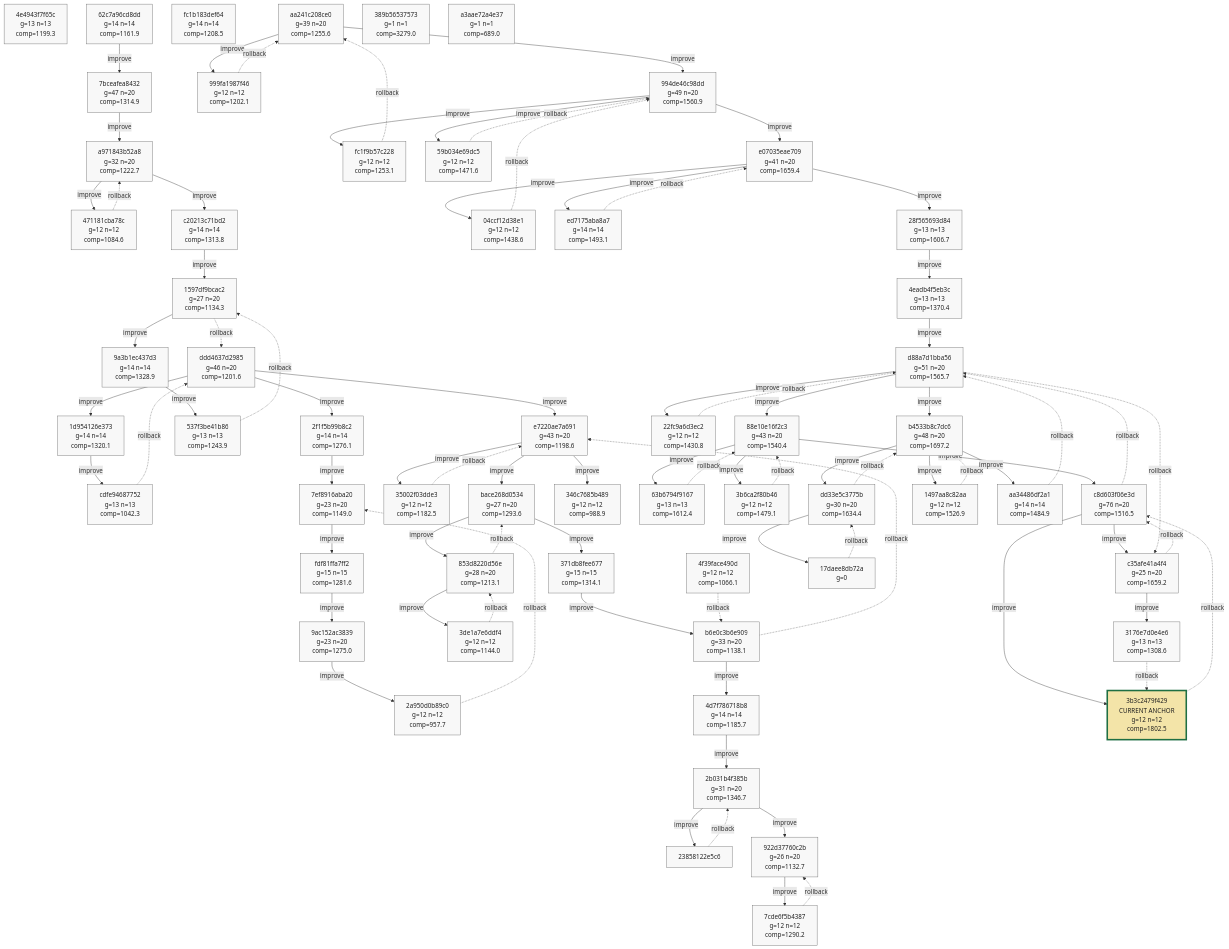
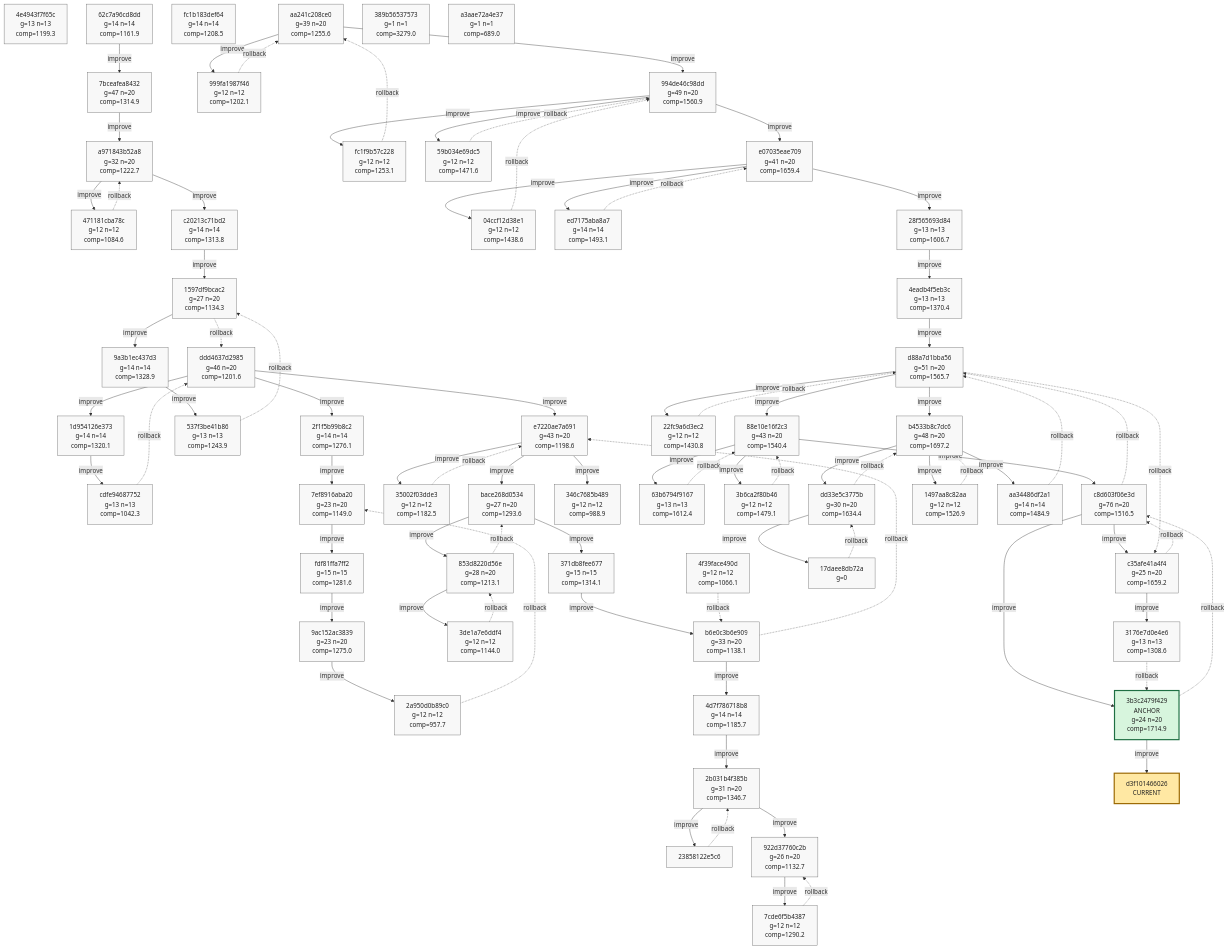
The ninth of 9 diagrams in phyrogenetic-tree.md (azumag/soviet_now), drawn with Mermaid before and after one commit. The commit also changed other lines of this file and 2 other files, not shown here.

Commit message:
eloop Improve after 12 games (scores: 1378 2552 1694 1264 1437 1865 2890 1466 2503 1153 2360 3005)

````diff
--- a/phyrogenetic-tree.md
+++ b/phyrogenetic-tree.md
@@ -2288,7 +2289,7 @@
     h_63b6794f9167["63b6794f9167<br/>g=13 n=13<br/>comp=1612.4"]
     h_3b6ca2f80b46["3b6ca2f80b46<br/>g=12 n=12<br/>comp=1479.1"]
     h_c8d603f06e3d["c8d603f06e3d<br/>g=76 n=20<br/>comp=1516.5"]
-    h_3b3c2479f429["3b3c2479f429<br/>CURRENT ANCHOR<br/>g=12 n=12<br/>comp=1802.5"]
+    h_3b3c2479f429["3b3c2479f429<br/>ANCHOR<br/>g=24 n=20<br/>comp=1714.9"]
     h_c35afe41a4f4["c35afe41a4f4<br/>g=25 n=20<br/>comp=1659.2"]
     h_22fc9a6d3ec2["22fc9a6d3ec2<br/>g=12 n=12<br/>comp=1430.8"]
     h_b4533b8c7dc6["b4533b8c7dc6<br/>g=48 n=20<br/>comp=1697.2"]
@@ -2299,6 +2300,7 @@
     h_3176e7d0e4e6["3176e7d0e4e6<br/>g=13 n=13<br/>comp=1308.6"]
     h_389b56537573["389b56537573<br/>g=1 n=1<br/>comp=3279.0"]
     h_a3aae72a4e37["a3aae72a4e37<br/>g=1 n=1<br/>comp=689.0"]
+    h_d3f101466026["d3f101466026<br/>CURRENT"]
 
     h_ddd4637d2985 -->|improve| h_1d954126e373
     h_1d954126e373 -->|improve| h_cdfe94687752
@@ -2379,6 +2381,7 @@
     h_d88a7d1bba56 -. rollback .-> h_c35afe41a4f4
     h_c35afe41a4f4 -->|improve| h_3176e7d0e4e6
     h_3176e7d0e4e6 -. rollback .-> h_3b3c2479f429
+    h_3b3c2479f429 -->|improve| h_d3f101466026
 
     classDef plain fill:#f8f8f8,stroke:#666,stroke-width:1px,color:#222;
     classDef current fill:#ffe8a3,stroke:#9a6700,stroke-width:3px,color:#222;
@@ -2432,7 +2435,7 @@
     class h_63b6794f9167 plain;
     class h_3b6ca2f80b46 plain;
     class h_c8d603f06e3d plain;
-    class h_3b3c2479f429 current_anchor;
+    class h_3b3c2479f429 anchor;
     class h_c35afe41a4f4 plain;
     class h_22fc9a6d3ec2 plain;
     class h_b4533b8c7dc6 plain;
@@ -2443,4 +2446,5 @@
     class h_3176e7d0e4e6 plain;
     class h_389b56537573 plain;
     class h_a3aae72a4e37 plain;
+    class h_d3f101466026 current;
 ```
````
